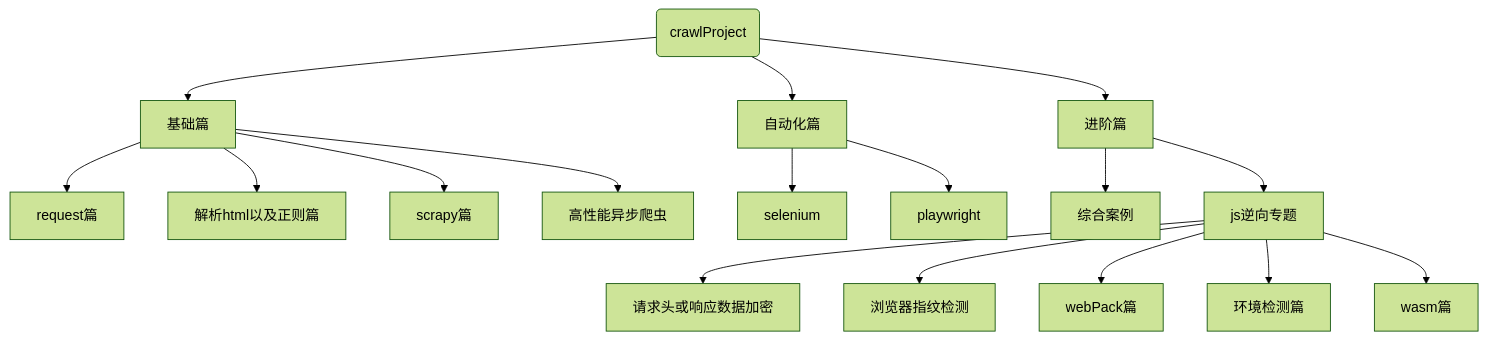
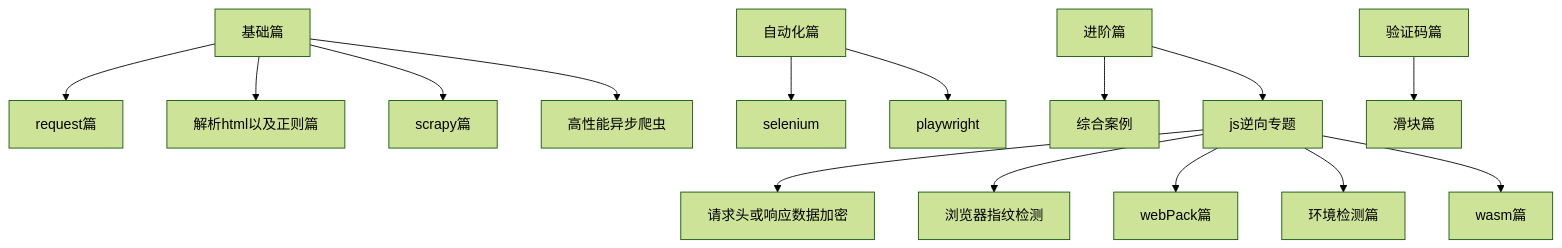
The diagram in README.md (xishandong/crawlProject), drawn with Mermaid (forest theme) before and after one commit. The commit also changed other lines of this file and 2 other files, not shown here.

````diff
--- a/README.md
+++ b/README.md
@@ -29,19 +29,17 @@
 ``` mermaid
 graph TD;
-	C(crawlProject)-->基础篇;
-	C(crawlProject)-->自动化篇;
-	C(crawlProject)-->进阶篇;
     基础篇-->request篇;
     基础篇-->解析html以及正则篇;
     基础篇-->scrapy篇;
     基础篇 -->高性能异步爬虫;
     自动化篇-->selenium
     自动化篇-->playwright;
     进阶篇-->综合案例;
     进阶篇-->js逆向专题;
     js逆向专题-->请求头或响应数据加密;
     js逆向专题-->浏览器指纹检测;
     js逆向专题-->webPack篇;
     js逆向专题-->环境检测篇;
     js逆向专题-->wasm篇;
+    验证码篇-->滑块篇;
 ```
````
